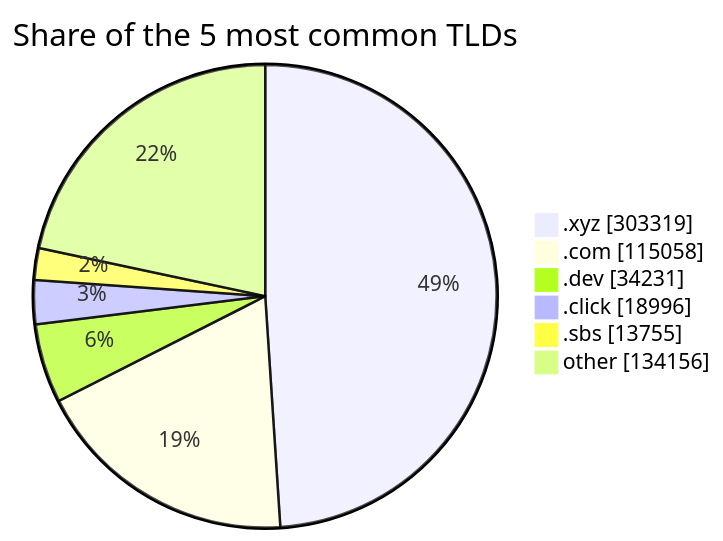
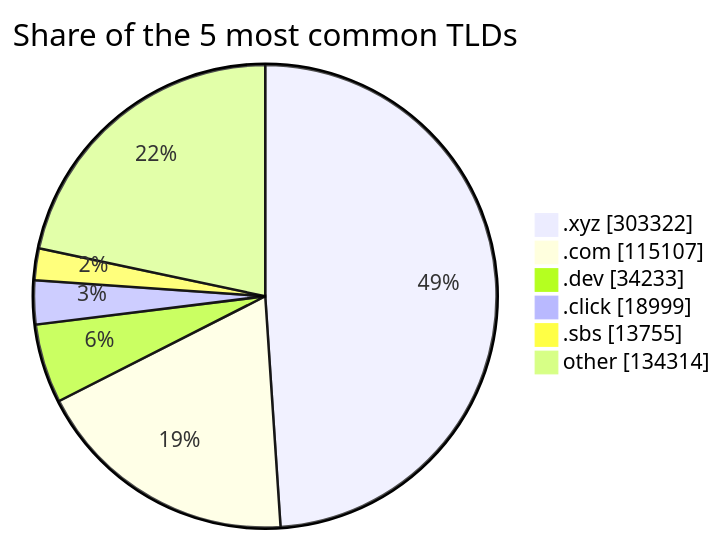
The third of 3 diagrams in README.md (DNSBunker/CTI), drawn with Mermaid before and after one commit. The commit also changed other lines of this file and 3 other files, not shown here.

````diff
--- a/README.md
+++ b/README.md
@@ -81,9 +81,9 @@
 ```mermaid
 pie showData title Share of the 5 most common TLDs
-    ".xyz" : 303319
-    ".com" : 115058
-    ".dev" : 34231
-    ".click" : 18996
+    ".xyz" : 303322
+    ".com" : 115107
+    ".dev" : 34233
+    ".click" : 18999
     ".sbs" : 13755
-    "other" : 134156
+    "other" : 134314
 ```
````
